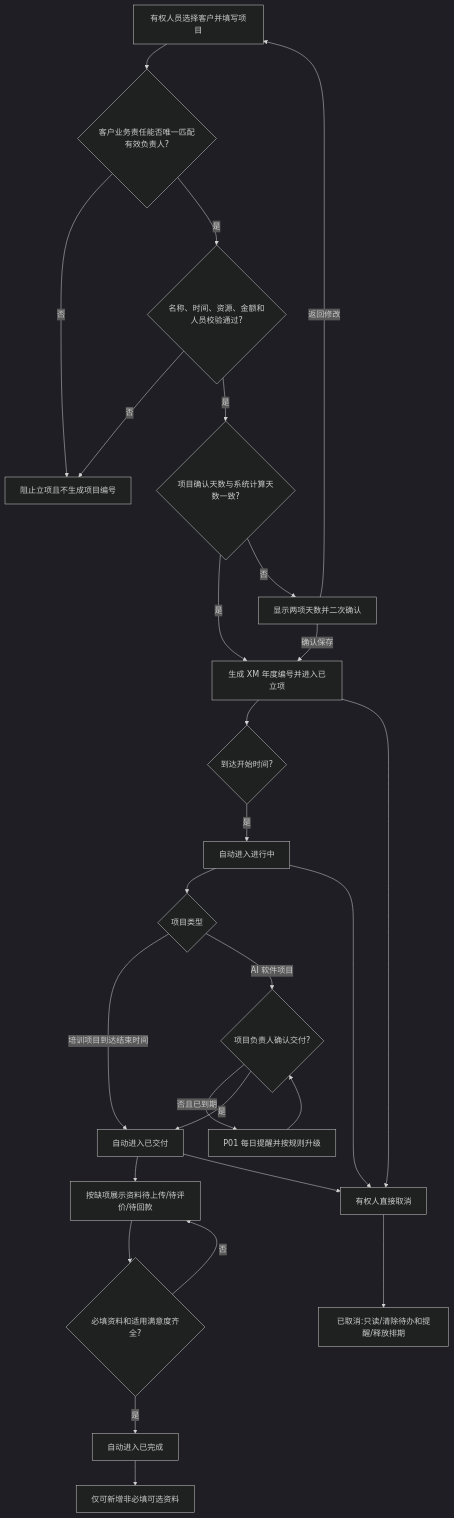
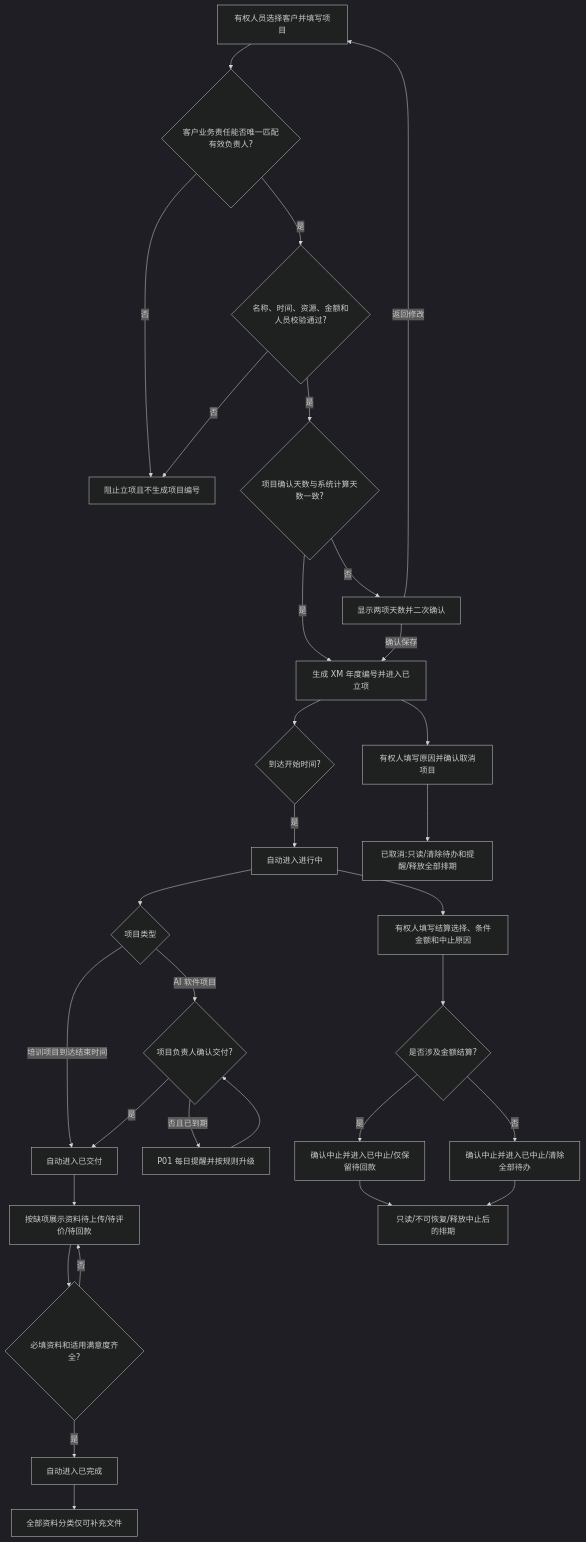
The diagram in prd-workspace/current/user-flows/FLOW-15-M11-project-lifecycle.md (Joker-1030/Yingjia-Internal-Management-System), drawn with Mermaid (dark theme) before and after one commit. The commit also changed other lines of this file and 33 other files, not shown here.

````diff
--- a/prd-workspace/current/user-flows/FLOW-15-M11-project-lifecycle.md
+++ b/prd-workspace/current/user-flows/FLOW-15-M11-project-lifecycle.md
@@ -8,29 +8,33 @@
 ```mermaid
 flowchart TD
     A[有权人员选择客户并填写项目] --> B{客户业务责任能否唯一匹配有效负责人?}
     B -- 否 --> C[阻止立项且不生成项目编号]
     B -- 是 --> D{名称、时间、资源、金额和人员校验通过?}
     D -- 否 --> C
     D -- 是 --> D1{项目确认天数与系统计算天数一致?}
     D1 -- 是 --> E[生成 XM 年度编号并进入已立项]
     D1 -- 否 --> D2[显示两项天数并二次确认]
     D2 -- 返回修改 --> A
     D2 -- 确认保存 --> E
     E --> F{到达开始时间?}
     F -- 是 --> G[自动进入进行中]
     G --> H{项目类型}
     H -- 培训项目到达结束时间 --> I[自动进入已交付]
     H -- AI 软件项目 --> J{项目负责人确认交付?}
     J -- 否且已到期 --> K[P01 每日提醒并按规则升级]
     K --> J
     J -- 是 --> I
     I --> L[按缺项展示资料待上传/待评价/待回款]
     L --> M{必填资料和适用满意度齐全?}
     M -- 否 --> L
     M -- 是 --> N[自动进入已完成]
-    N --> O[仅可新增非必填可选资料]
-    E --> P[有权人直接取消]
-    G --> P
-    I --> P
-    P --> Q[已取消:只读/清除待办和提醒/释放排期]
+    N --> O[全部资料分类仅可补充文件]
+    E --> P[有权人填写原因并确认取消项目]
+    P --> Q[已取消:只读/清除待办和提醒/释放全部排期]
+    G --> R[有权人填写结算选择、条件金额和中止原因]
+    R --> S{是否涉及金额结算?}
+    S -- 是 --> T[确认中止并进入已中止/仅保留待回款]
+    S -- 否 --> U[确认中止并进入已中止/清除全部待办]
+    T --> V[只读/不可恢复/释放中止后的排期]
+    U --> V
 ```
````
